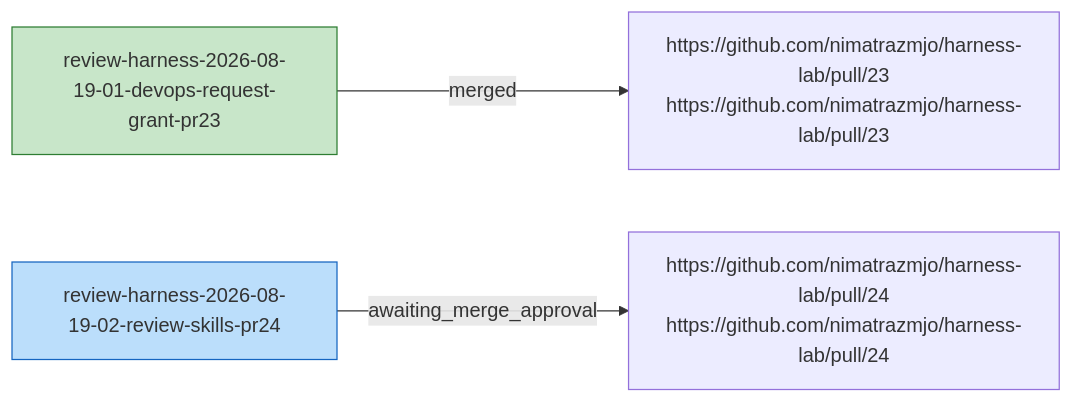
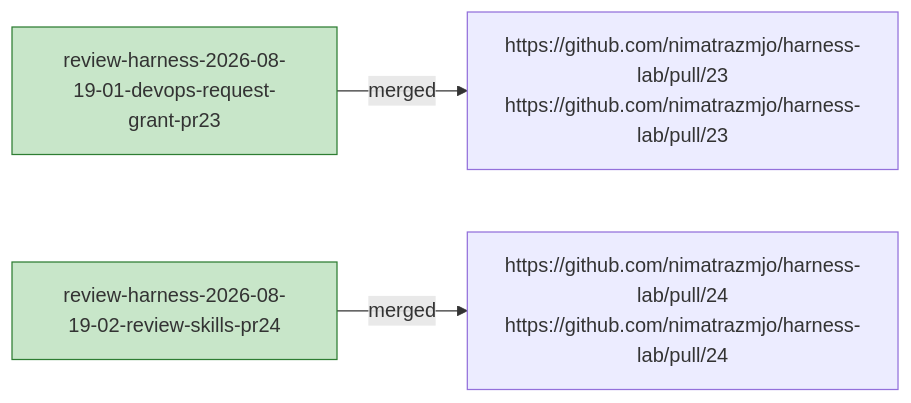
One commit to nimatrazmjo/harness-lab changed the diagram in .claude/skills/review-harness/graph.md. Above: the diagram before and after it, drawn with Mermaid. The commit also changed 3 other files, not shown here.

First line of the commit message:
docs(review-harness): record PR #24 merge, confirmed via GitHub API (#25)

````diff
--- a/.claude/skills/review-harness/graph.md
+++ b/.claude/skills/review-harness/graph.md
@@ -7,11 +7,11 @@
 ```mermaid
 flowchart LR
     n_review_harness_2026_08_19_01_devops_request_grant_pr23["review-harness-2026-08-19-01-devops-request-grant-pr23"]
     n_ext_https___github_com_nimatrazmjo_harness_lab_pull_23["https://github.com/nimatrazmjo/harness-lab/pull/23<br/>https://github.com/nimatrazmjo/harness-lab/pull/23"]
     n_review_harness_2026_08_19_01_devops_request_grant_pr23 -- "merged" --> n_ext_https___github_com_nimatrazmjo_harness_lab_pull_23
     n_review_harness_2026_08_19_02_review_skills_pr24["review-harness-2026-08-19-02-review-skills-pr24"]
     n_ext_https___github_com_nimatrazmjo_harness_lab_pull_24["https://github.com/nimatrazmjo/harness-lab/pull/24<br/>https://github.com/nimatrazmjo/harness-lab/pull/24"]
-    n_review_harness_2026_08_19_02_review_skills_pr24 -- "awaiting_merge_approval" --> n_ext_https___github_com_nimatrazmjo_harness_lab_pull_24
+    n_review_harness_2026_08_19_02_review_skills_pr24 -- "merged" --> n_ext_https___github_com_nimatrazmjo_harness_lab_pull_24
     style n_review_harness_2026_08_19_01_devops_request_grant_pr23 fill:#c8e6c9,stroke:#2e7d32
-    style n_review_harness_2026_08_19_02_review_skills_pr24 fill:#bbdefb,stroke:#1565c0
+    style n_review_harness_2026_08_19_02_review_skills_pr24 fill:#c8e6c9,stroke:#2e7d32
 ```
````
